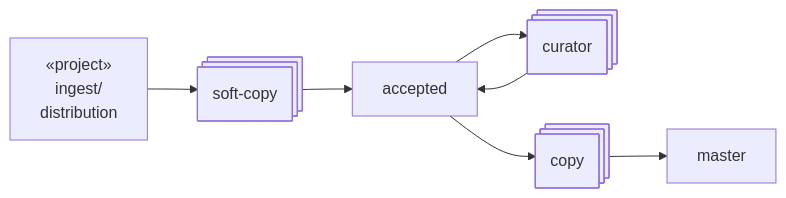
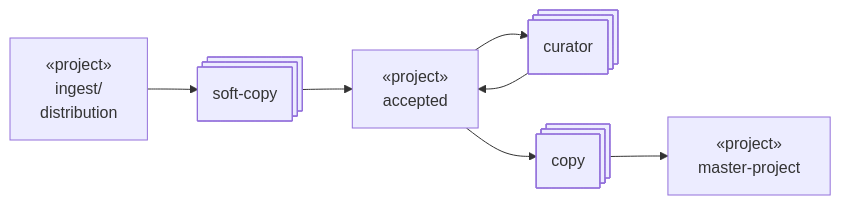
One commit to naccdata/flywheel-gear-extensions changed the diagram in docs/processes/curation.md. Above: the diagram before and after it, drawn with Mermaid.

Commit message:
Use project template notation

````diff
--- a/docs/processes/curation.md
+++ b/docs/processes/curation.md
@@ -5,15 +5,15 @@
 ```mermaid
 flowchart LR
     A@{ shape: rect, label: "&laquo;project&raquo;\ningest/\ndistribution" }
-    B@{ shape: rect, label: "accepted" }
+    B@{ shape: rect, label: "&laquo;project&raquo;\naccepted" }
     C@{ shape: processes, label: "soft-copy" }
     D@{ shape: processes, label: "curator" }
     E@{ shape: processes, label: "copy" }
-    F@{ shape: rect, label: "master" }
+    F@{ shape: rect, label: "&laquo;project&raquo;\nmaster-project" }
     A --> C
     C --> B
     B --> D
     D --> B
     B --> E
     E --> F
 ```
````
